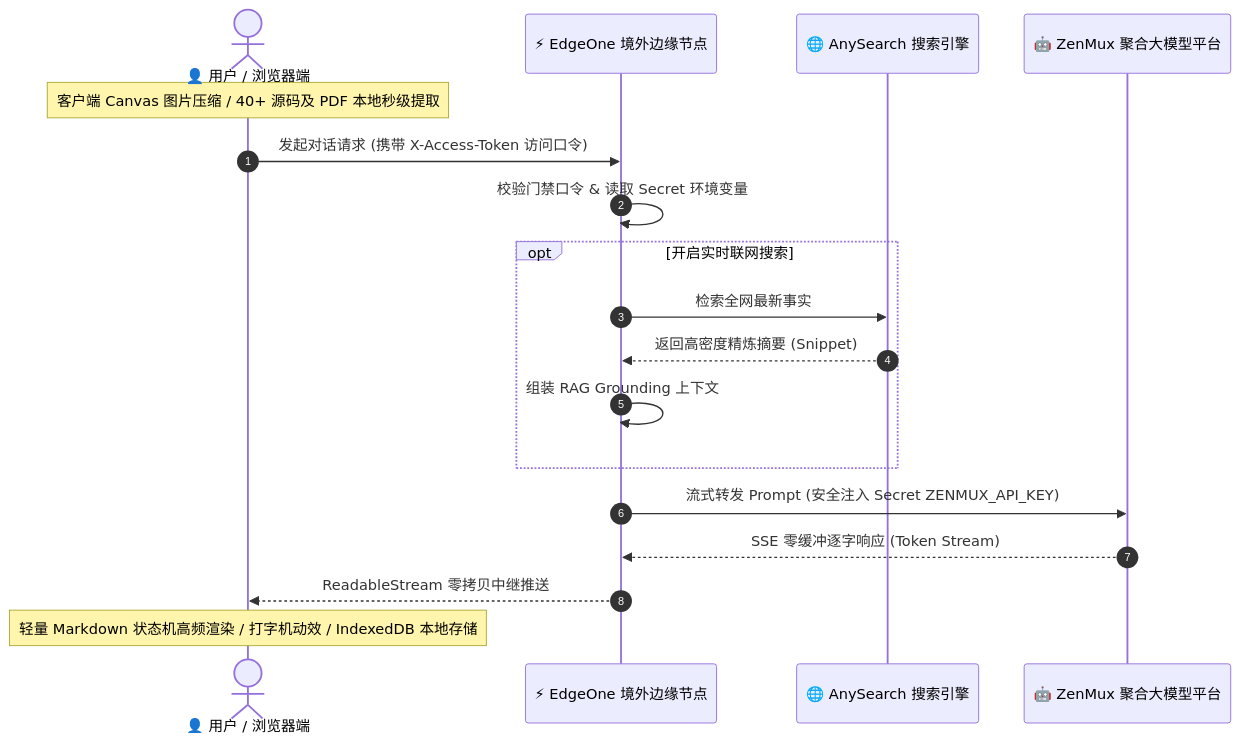
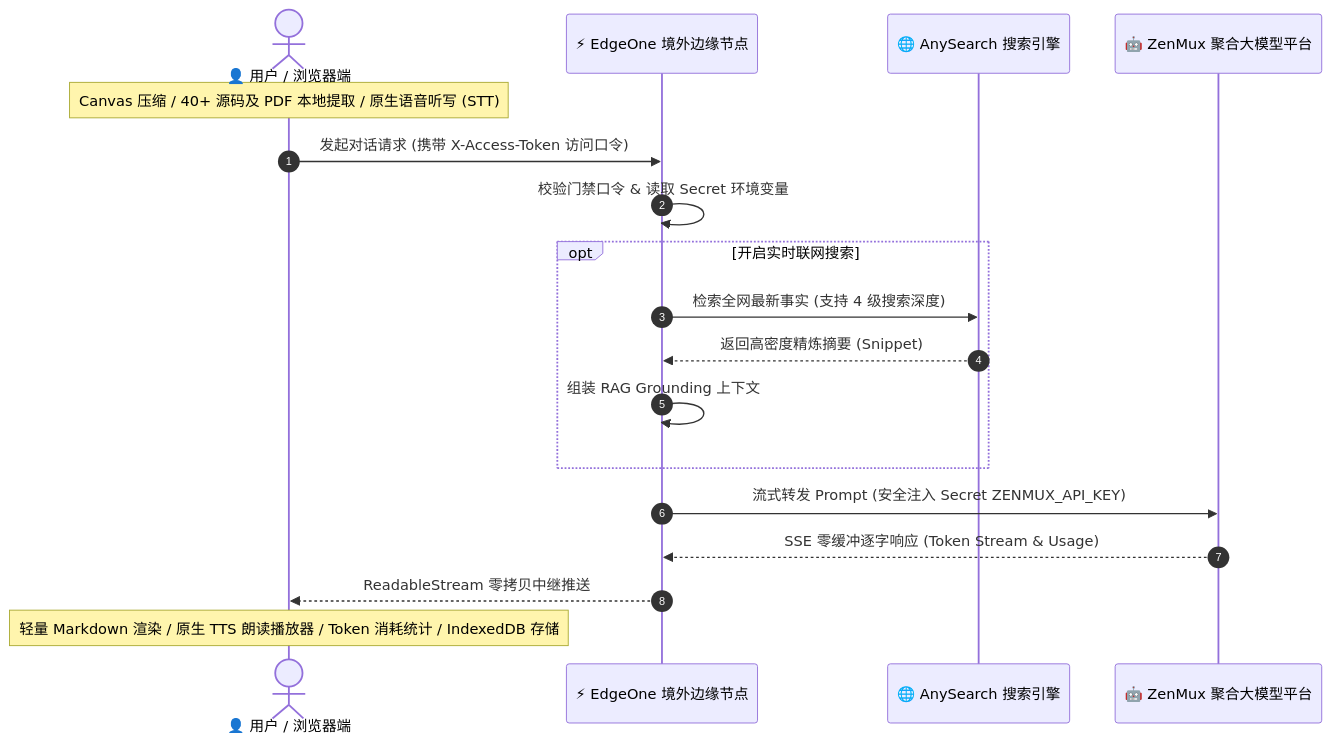
One commit to xinasuka/zenmux-chat changed the diagram in README.md. Above: the diagram before and after it, drawn with Mermaid. The commit also changed other lines of this file and 1 other file, not shown here.

Commit message:
docs: add bilingual documentation (Chinese & English) with language switcher and update architecture details

````diff
--- a/README.md
+++ b/README.md
@@ -7,21 +11,21 @@
 ```mermaid
 sequenceDiagram
     autonumber
     actor User as 👤 用户 / 浏览器端
     participant Edge as ⚡ EdgeOne 境外边缘节点
     participant Search as 🌐 AnySearch 搜索引擎
     participant ZenMux as 🤖 ZenMux 聚合大模型平台
 
-    Note over User: 客户端 Canvas 图片压缩 / 40+ 源码及 PDF 本地秒级提取
+    Note over User: Canvas 压缩 / 40+ 源码及 PDF 本地提取 / 原生语音听写 (STT)
     User->>Edge: 发起对话请求 (携带 X-Access-Token 访问口令)
     Edge->>Edge: 校验门禁口令 & 读取 Secret 环境变量
     opt 开启实时联网搜索
-        Edge->>Search: 检索全网最新事实
+        Edge->>Search: 检索全网最新事实 (支持 4 级搜索深度)
         Search-->>Edge: 返回高密度精炼摘要 (Snippet)
         Edge->>Edge: 组装 RAG Grounding 上下文
     end
     Edge->>ZenMux: 流式转发 Prompt (安全注入 Secret ZENMUX_API_KEY)
-    ZenMux-->>Edge: SSE 零缓冲逐字响应 (Token Stream)
+    ZenMux-->>Edge: SSE 零缓冲逐字响应 (Token Stream & Usage)
     Edge-->>User: ReadableStream 零拷贝中继推送
-    Note over User: 轻量 Markdown 状态机高频渲染 / 打字机动效 / IndexedDB 本地存储
+    Note over User: 轻量 Markdown 渲染 / 原生 TTS 朗读播放器 / Token 消耗统计 / IndexedDB 存储
 ```
````
